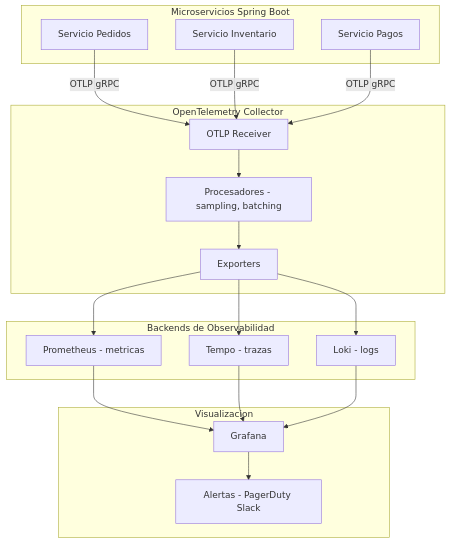
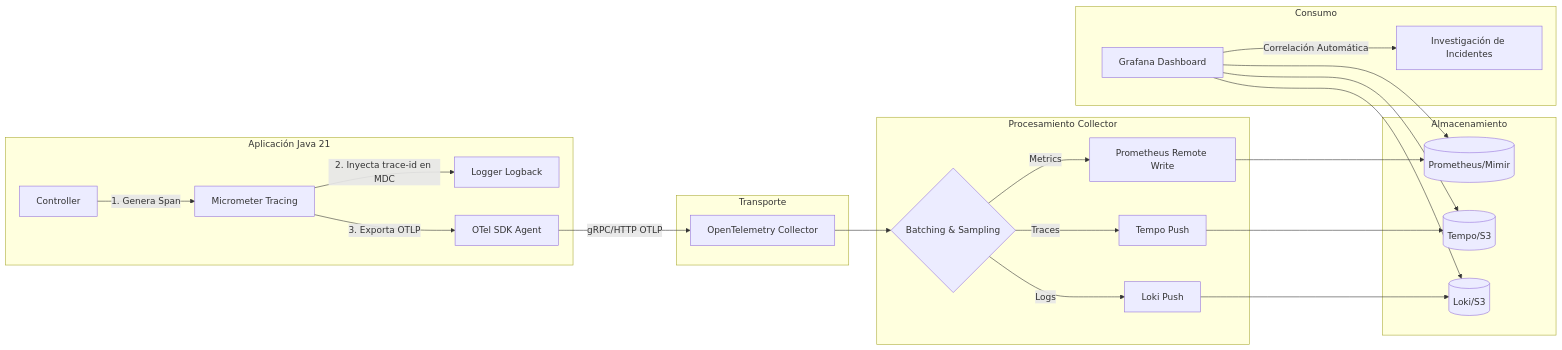
The second of 2 diagrams in 03_Spring_Ecosystem/observabilidad_distribuida_en_spring_boot_3.3_con_opentelemetry_y_grafana_loki:_correlación_de_trazas_y_logs_STAFF.md (Joaquinriosheredia/DAM-Java-Mastery), drawn with Mermaid before and after one commit. The commit also changed other lines of this file, not shown here.

Commit message:
observabilidad_distribuida_en_spring_boot_3.3_con_opentelemetry_y_grafana_loki:_correlación_de_trazas_y_logs_STAFF.md

````diff
--- a/03_Spring_Ecosystem/observabilidad_distribuida_en_spring_boot_3.3_con_opentelemetry_y_grafana_loki:_correlación_de_trazas_y_logs_STAFF.md
+++ b/03_Spring_Ecosystem/observabilidad_distribuida_en_spring_boot_3.3_con_opentelemetry_y_grafana_loki:_correlación_de_trazas_y_logs_STAFF.md
@@ -66,34 +82,32 @@
 ```mermaid
-graph TD
-    subgraph Microservicios Spring Boot
-        A[Servicio Pedidos]
-        B[Servicio Inventario]
-        C[Servicio Pagos]
+graph LR
+    subgraph "Aplicación Java 21"
+        A[Controller] -->|1. Genera Span| B[Micrometer Tracing]
+        B -->|2. Inyecta trace-id en MDC| C[Logger Logback]
+        B -->|3. Exporta OTLP| D[OTel SDK Agent]
     end
-    subgraph OpenTelemetry Collector
-        D[OTLP Receiver]
-        E[Procesadores - sampling, batching]
-        F[Exporters]
+
+    subgraph "Transporte"
+        D -->|gRPC/HTTP OTLP| E[OpenTelemetry Collector]
     end
-    subgraph Backends de Observabilidad
-        G[Prometheus - metricas]
-        H[Tempo - trazas]
-        I[Loki - logs]
+
+    subgraph "Procesamiento Collector"
+        E --> F{Batching & Sampling}
+        F -->|Metrics| G[Prometheus Remote Write]
+        F -->|Traces| H[Tempo Push]
+        F -->|Logs| I[Loki Push]
     end
-    subgraph Visualizacion
-        J[Grafana]
-        K[Alertas - PagerDuty Slack]
+
+    subgraph "Almacenamiento"
+        G --> J[(Prometheus/Mimir)]
+        H --> K[(Tempo/S3)]
+        I --> L[(Loki/S3)]
     end
-    A -->|OTLP gRPC| D
-    B -->|OTLP gRPC| D
-    C -->|OTLP gRPC| D
-    D --> E
-    E --> F
-    F --> G
-    F --> H
-    F --> I
-    G --> J
-    H --> J
-    I --> J
-    J --> K
+
+    subgraph "Consumo"
+        M[Grafana Dashboard] --> J
+        M --> K
+        M --> L
+        M -->|Correlación Automática| N[Investigación de Incidentes]
+    end
 ```
````
